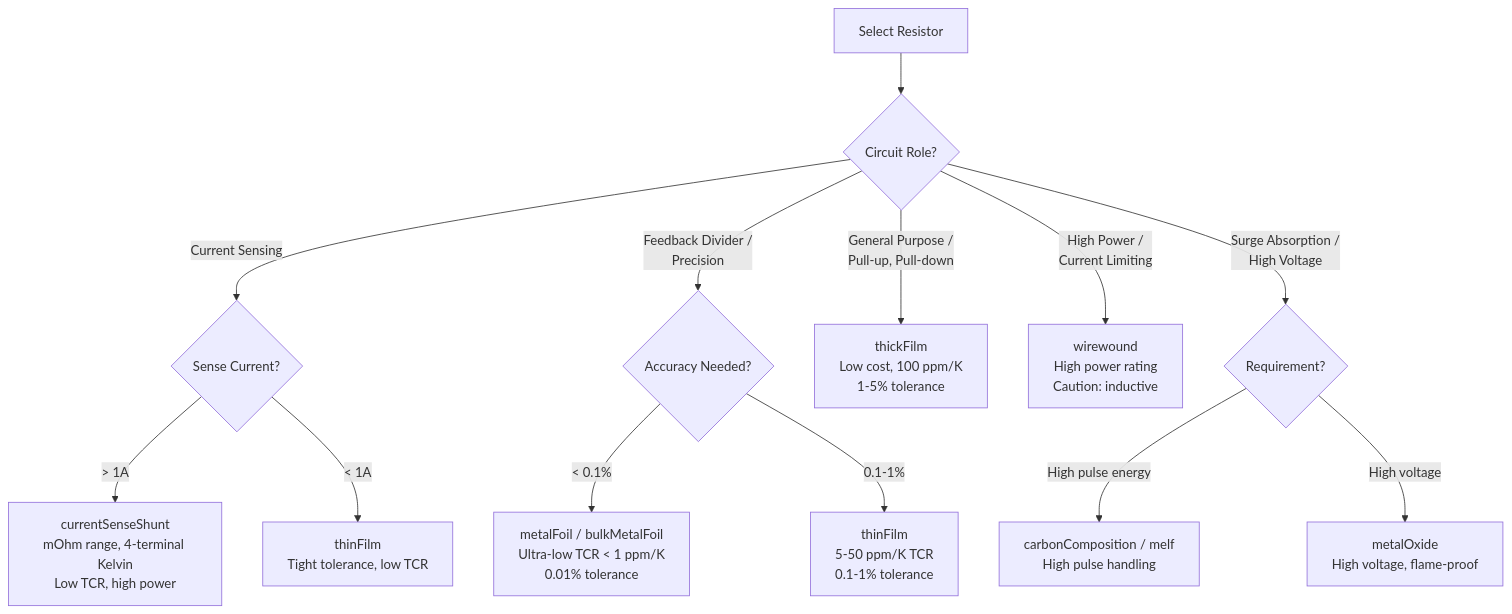
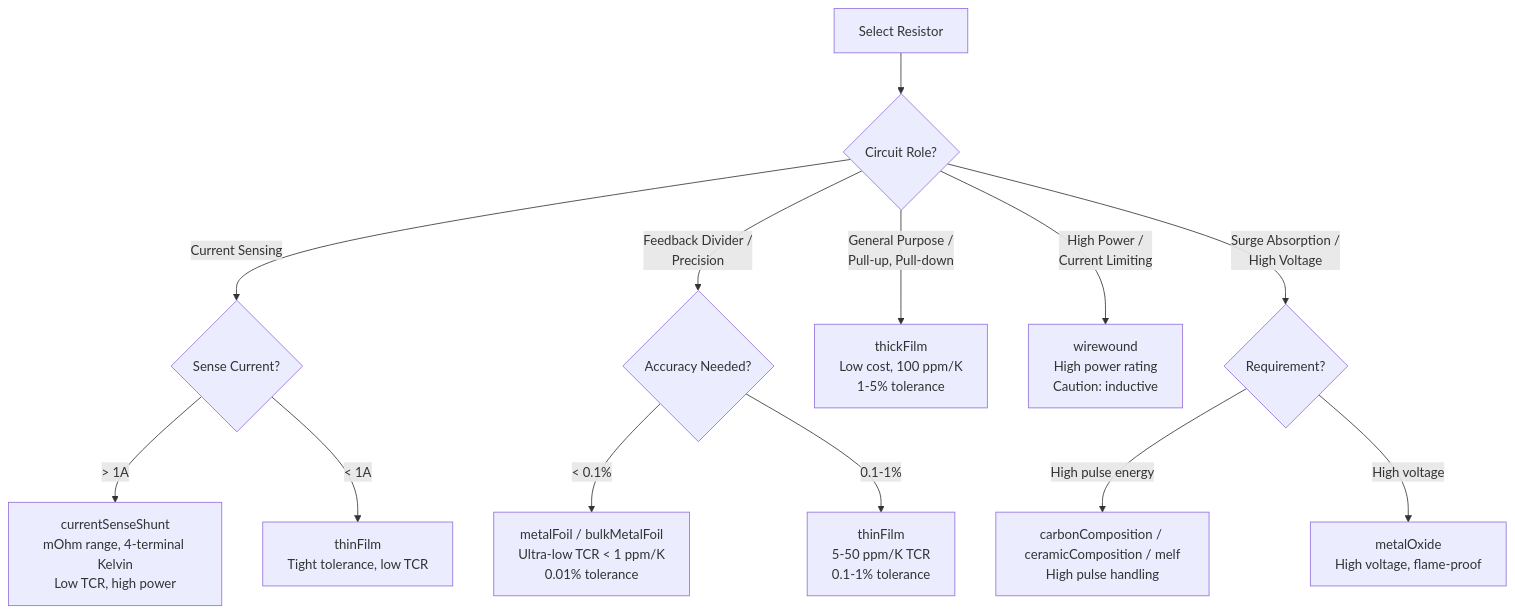
The first of 2 diagrams in README.md (Power-Supply-Manufacturers-Association/RAS), drawn with Mermaid before and after one commit. The commit also changed other lines of this file and 5 other files, not shown here.

First line of the commit message:
Resistor technology gains ceramicComposition; the enum is one named $def

````diff
--- a/README.md
+++ b/README.md
@@ -81,20 +82,20 @@
 ```mermaid
 flowchart TD
     Start["Select Resistor"] --> Role{"Circuit Role?"}
 
     Role -->|"Current Sensing"| Sense{"Sense Current?"}
     Sense -->|"> 1A"| Shunt["currentSenseShunt<br/>mOhm range, 4-terminal Kelvin<br/>Low TCR, high power"]
     Sense -->|"< 1A"| ThinSense["thinFilm<br/>Tight tolerance, low TCR"]
 
     Role -->|"Feedback Divider /<br/>Precision"| Precision{"Accuracy Needed?"}
     Precision -->|"< 0.1%"| Foil["metalFoil / bulkMetalFoil<br/>Ultra-low TCR < 1 ppm/K<br/>0.01% tolerance"]
     Precision -->|"0.1-1%"| ThinFilm["thinFilm<br/>5-50 ppm/K TCR<br/>0.1-1% tolerance"]
 
     Role -->|"General Purpose /<br/>Pull-up, Pull-down"| ThickFilm["thickFilm<br/>Low cost, 100 ppm/K<br/>1-5% tolerance"]
 
     Role -->|"High Power /<br/>Current Limiting"| Wirewound["wirewound<br/>High power rating<br/>Caution: inductive"]
 
     Role -->|"Surge Absorption /<br/>High Voltage"| Surge{"Requirement?"}
-    Surge -->|"High pulse energy"| Carbon["carbonComposition / melf<br/>High pulse handling"]
+    Surge -->|"High pulse energy"| Carbon["carbonComposition / ceramicComposition / melf<br/>High pulse handling"]
     Surge -->|"High voltage"| MetalOx["metalOxide<br/>High voltage, flame-proof"]
 ```
````
